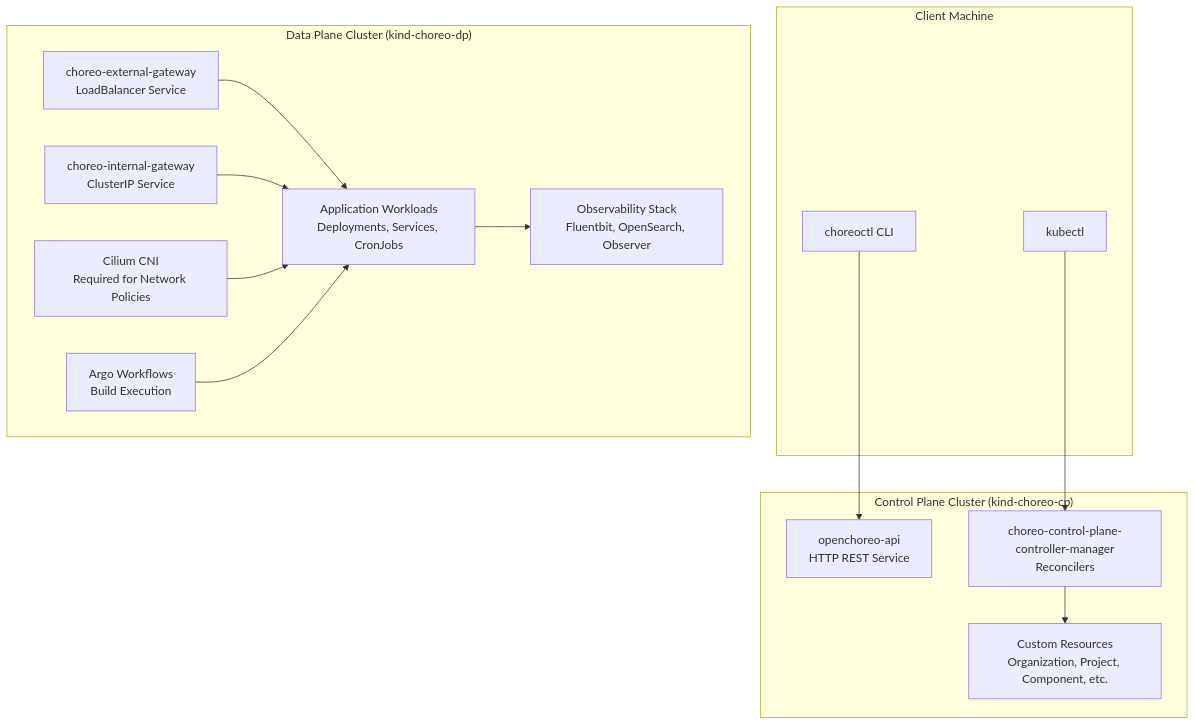
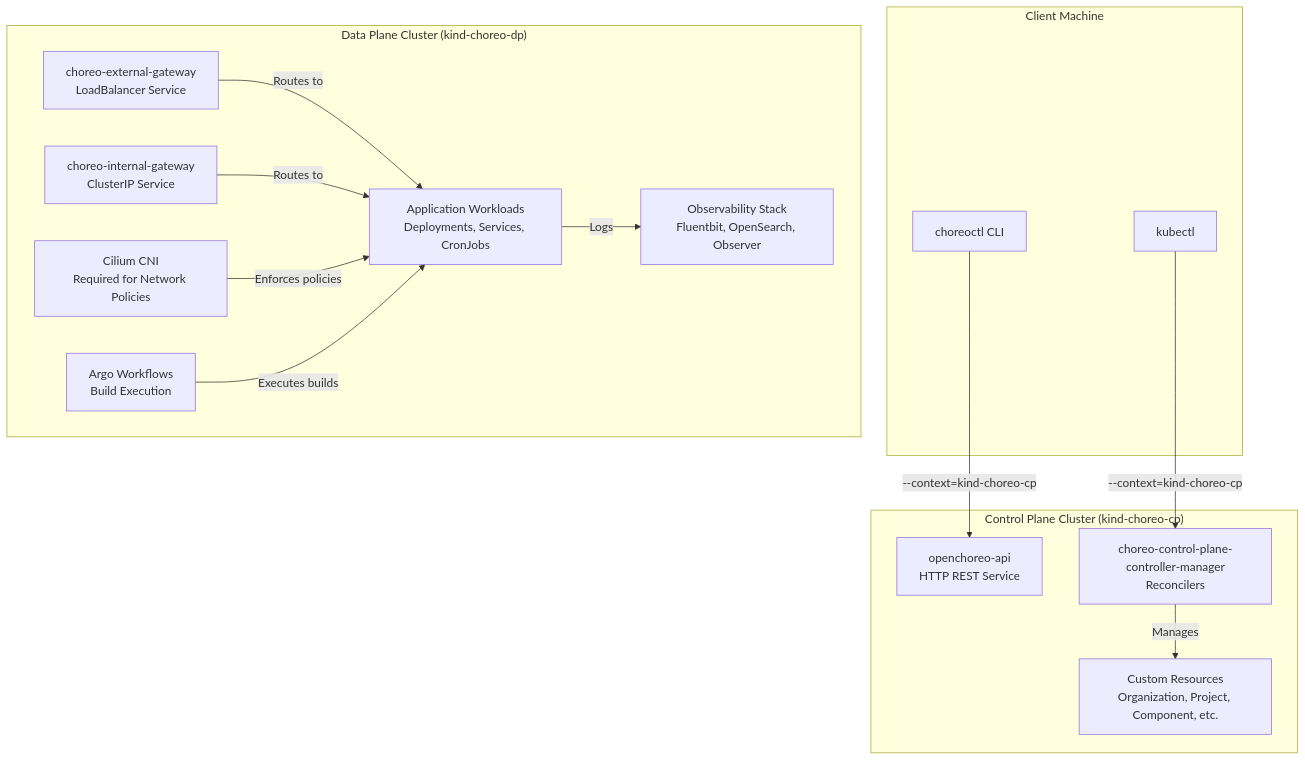
The first of 5 diagrams in docs/deepwiki/Multi-Cluster-Installation.md (openchoreo/openchoreo), drawn with Mermaid before and after one commit. The commit also changed other lines of this file and 85 other files, not shown here.

Commit message:
feat: Add new workflow and specification templates, update Helm chart dependencies, and clarify documentation diagrams.

````diff
--- a/docs/deepwiki/Multi-Cluster-Installation.md
+++ b/docs/deepwiki/Multi-Cluster-Installation.md
@@ -26,44 +26,44 @@
 ```mermaid
 flowchart TD
 
 Cilium["Cilium CNI<br>Required for Network Policies"]
 ExtGW["choreo-external-gateway<br>LoadBalancer Service"]
 Apps["Application Workloads<br>Deployments, Services, CronJobs"]
 IntGW["choreo-internal-gateway<br>ClusterIP Service"]
 Argo["Argo Workflows<br>Build Execution"]
 Obs["Observability Stack<br>Fluentbit, OpenSearch, Observer"]
 API["openchoreo-api<br>HTTP REST Service"]
 MGR["choreo-control-plane-controller-manager<br>Reconcilers"]
 CRDs["Custom Resources<br>Organization, Project, Component, etc."]
 Kubectl["kubectl"]
 Choreoctl["choreoctl CLI"]
 
-Kubectl --> MGR
-Choreoctl --> API
+Kubectl -->|"--context=kind-choreo-cp"| MGR
+Choreoctl -->|"--context=kind-choreo-cp"| API
 
 subgraph Client ["Client Machine"]
     Kubectl
     Choreoctl
 end
 
 subgraph CP ["Control Plane Cluster (kind-choreo-cp)"]
     API
     MGR
     CRDs
-    MGR --> CRDs
+    MGR -->|"Manages"| CRDs
 end
 
 subgraph DP ["Data Plane Cluster (kind-choreo-dp)"]
     Cilium
     ExtGW
     Apps
     IntGW
     Argo
     Obs
-    ExtGW --> Apps
-    IntGW --> Apps
-    Cilium --> Apps
-    Argo --> Apps
-    Apps --> Obs
+    ExtGW -->|"Routes to"| Apps
+    IntGW -->|"Routes to"| Apps
+    Cilium -->|"Enforces policies"| Apps
+    Argo -->|"Executes builds"| Apps
+    Apps -->|"Logs"| Obs
 end
 ```
````
